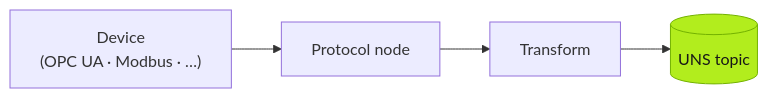
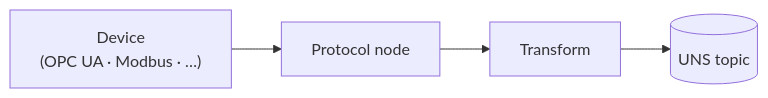
One commit to FREEZONEX/Tier0-docs-site changed the diagram in src/content/docs/best-practice/protocol-connections.mdx. Above: the diagram before and after it, drawn with Mermaid. The commit also changed 13 other files, not shown here.

````diff
--- a/src/content/docs/best-practice/protocol-connections.mdx
+++ b/src/content/docs/best-practice/protocol-connections.mdx
@@ -16,6 +16,5 @@
 ```mermaid
 flowchart LR
   dev["Device<br/>(OPC UA · Modbus · …)"] --> node["Protocol node"] --> fx["Transform"] --> uns[("UNS topic")]
-  classDef t0accent fill:#B2ED1D,stroke:#73B200,color:#171717
   class uns t0accent
 ```
````
